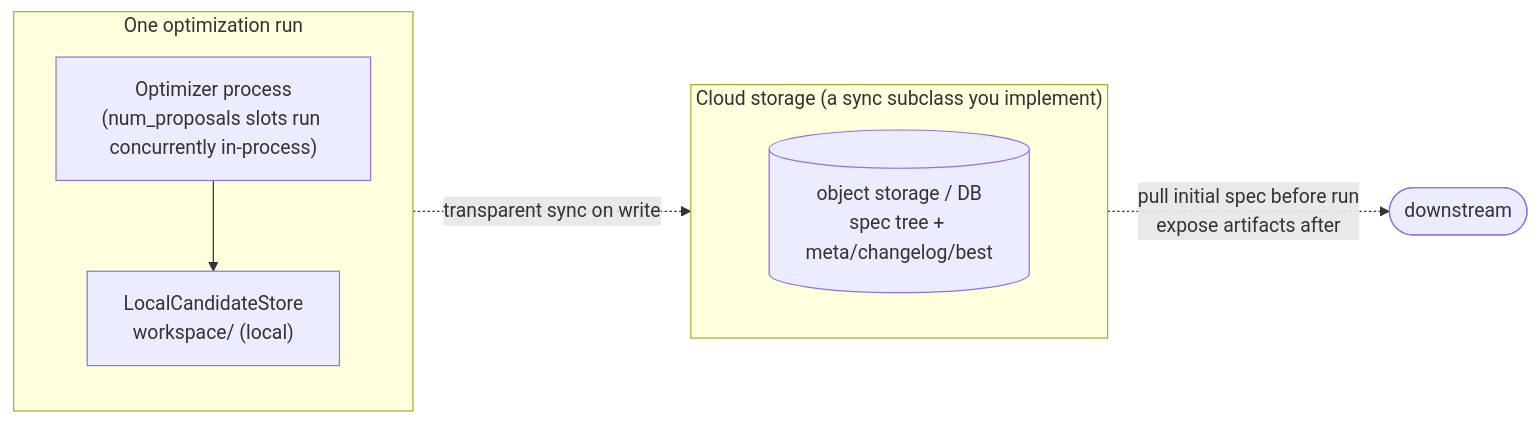
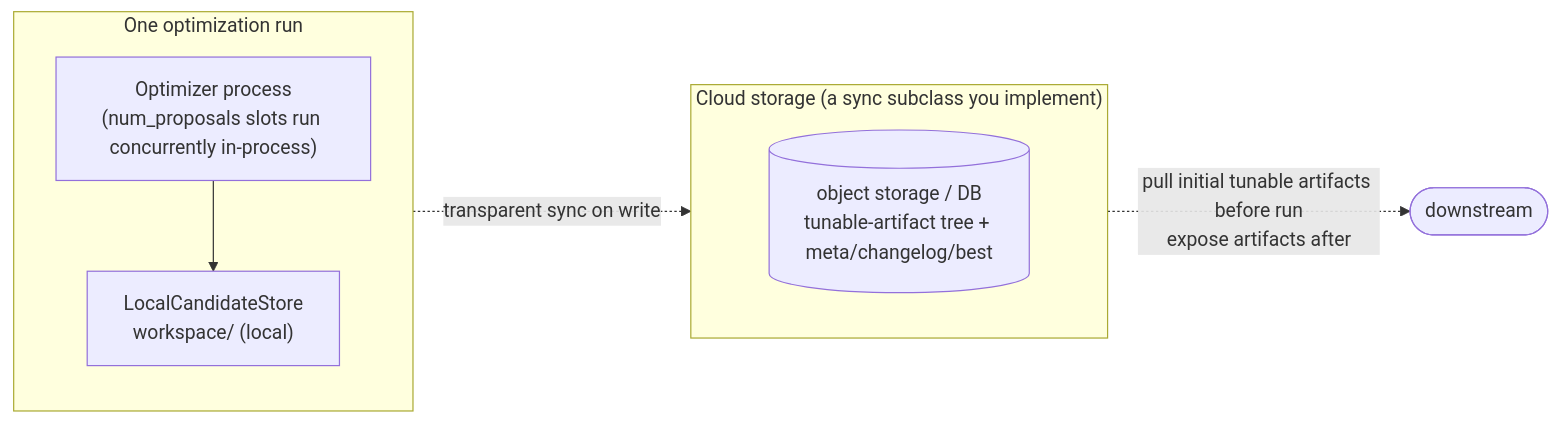
One commit to ant-research/AntOmniEvo changed the diagram in docs/extensibility.md. Above: the diagram before and after it, drawn with Mermaid. The commit also changed other lines of this file and 87 other files, not shown here.

Commit message:
Rename: editable spec -> tunable artifacts

````diff
--- a/docs/extensibility.md
+++ b/docs/extensibility.md
@@ -27,15 +27,15 @@
 ```mermaid
 flowchart LR
     subgraph Task ["One optimization run"]
         direction TB
         OPT["Optimizer process<br/>(num_proposals slots run concurrently in-process)"]
         Local["LocalCandidateStore<br/>workspace/ (local)"]
         OPT --> Local
     end
     subgraph Cloud ["Cloud storage (a sync subclass you implement)"]
         direction TB
-        OBJ[("object storage / DB<br/>spec tree + meta/changelog/best")]
+        OBJ[("object storage / DB<br/>tunable-artifact tree + meta/changelog/best")]
     end
     Local -.transparent sync on write.-> OBJ
-    OBJ -.pull initial spec before run<br/>expose artifacts after.-> Downstream([downstream])
+    OBJ -.pull initial tunable artifacts before run<br/>expose artifacts after.-> Downstream([downstream])
 ```
````
